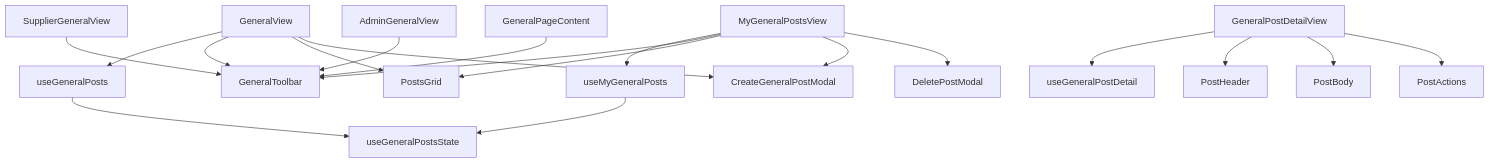
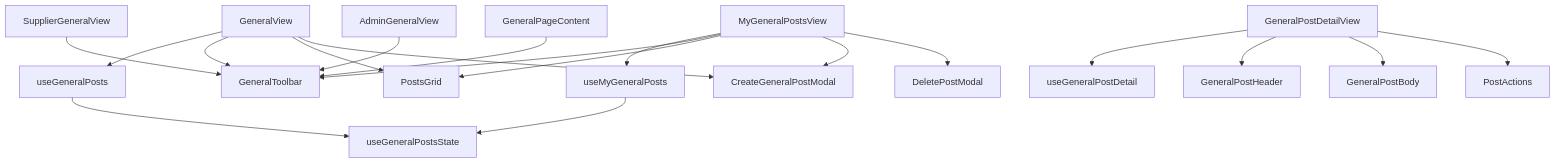
The diagram in src/modules/dash/user/pages/general/doc/STRUCTURE.md (Mern-Unbeatable/mohammad_web), drawn with Mermaid before and after one commit. The commit also changed other lines of this file and 104 other files, not shown here.

````diff
--- a/src/modules/dash/user/pages/general/doc/STRUCTURE.md
+++ b/src/modules/dash/user/pages/general/doc/STRUCTURE.md
@@ -75,10 +73,10 @@
 ```mermaid
 flowchart TD
   GeneralView --> useGeneralPosts --> useGeneralPostsState
   MyGeneralPostsView --> useMyGeneralPosts --> useGeneralPostsState
   GeneralView & MyGeneralPostsView --> GeneralToolbar & PostsGrid & CreateGeneralPostModal
   MyGeneralPostsView --> DeletePostModal
   GeneralPostDetailView --> useGeneralPostDetail
-  GeneralPostDetailView --> PostHeader & PostBody & PostActions
+  GeneralPostDetailView --> GeneralPostHeader & GeneralPostBody & PostActions
   SupplierGeneralView & AdminGeneralView & GeneralPageContent --> GeneralToolbar
 ```
````
